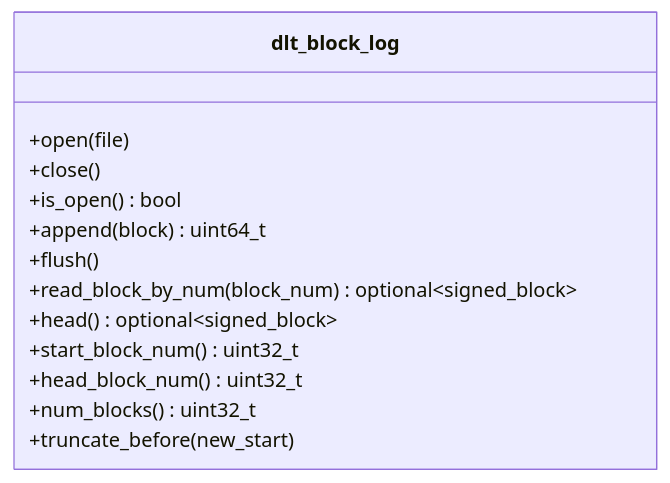
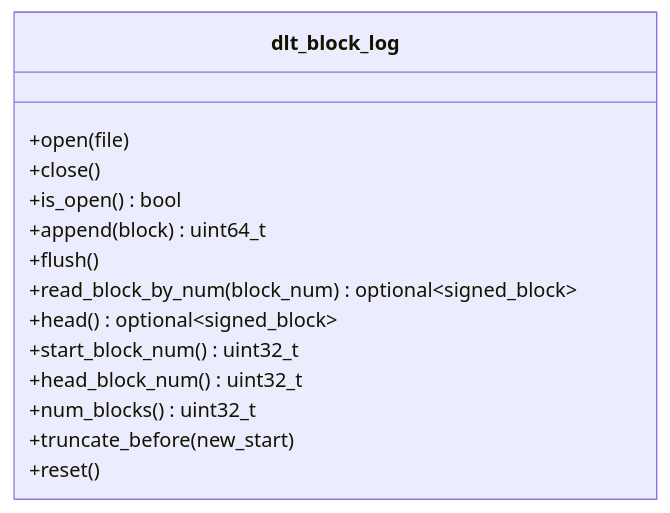
The third of 18 diagrams in .qoder/repowiki/en/content/Architecture Overview/Core Libraries/Chain Library/Database Management/DLT Rolling Block Log.md (VIZ-Blockchain/viz-cpp-node), drawn with Mermaid before and after one commit. The commit also changed other lines of this file and 5 other files, not shown here.

````diff
--- a/.qoder/repowiki/en/content/Architecture Overview/Core Libraries/Chain Library/Database Management/DLT Rolling Block Log.md
+++ b/.qoder/repowiki/en/content/Architecture Overview/Core Libraries/Chain Library/Database Management/DLT Rolling Block Log.md
@@ -222,16 +229,17 @@
 ```mermaid
 classDiagram
 class dlt_block_log {
 +open(file)
 +close()
 +is_open() bool
 +append(block) uint64_t
 +flush()
 +read_block_by_num(block_num) optional~signed_block~
 +head() optional~signed_block~
 +start_block_num() uint32_t
 +head_block_num() uint32_t
 +num_blocks() uint32_t
 +truncate_before(new_start)
++reset()
 }
 ```
````
